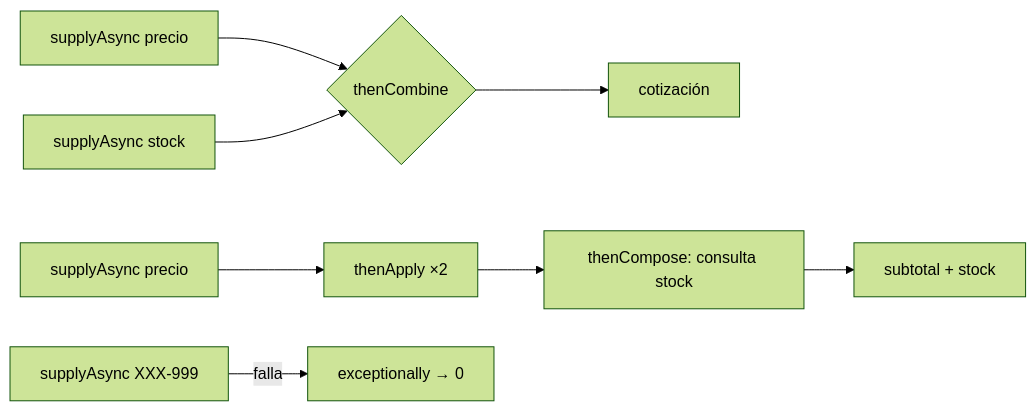
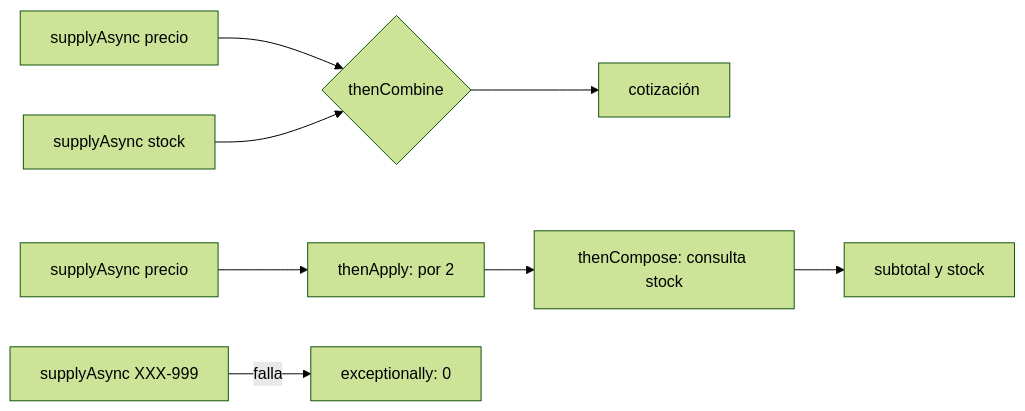
The second of 7 diagrams in web/public/content/java/modulo-5.md (NICORUIZ93/The_Imperial_Book), drawn with Mermaid (forest theme) before and after one commit. The commit also changed other lines of this file and 65 other files, not shown here.

````diff
--- a/web/public/content/java/modulo-5.md
+++ b/web/public/content/java/modulo-5.md
@@ -459,10 +624,10 @@
 ```mermaid
 flowchart LR
   P["supplyAsync precio"] --> C{"thenCombine"}
   S["supplyAsync stock"] --> C
   C --> R1["cotización"]
-  P2["supplyAsync precio"] --> A["thenApply ×2"]
+  P2["supplyAsync precio"] --> A["thenApply: por 2"]
   A --> K["thenCompose: consulta stock"]
-  K --> R2["subtotal + stock"]
-  X["supplyAsync XXX-999"] -->|falla| E["exceptionally → 0"]
+  K --> R2["subtotal y stock"]
+  X["supplyAsync XXX-999"] -->|"falla"| E["exceptionally: 0"]
 ```
````
